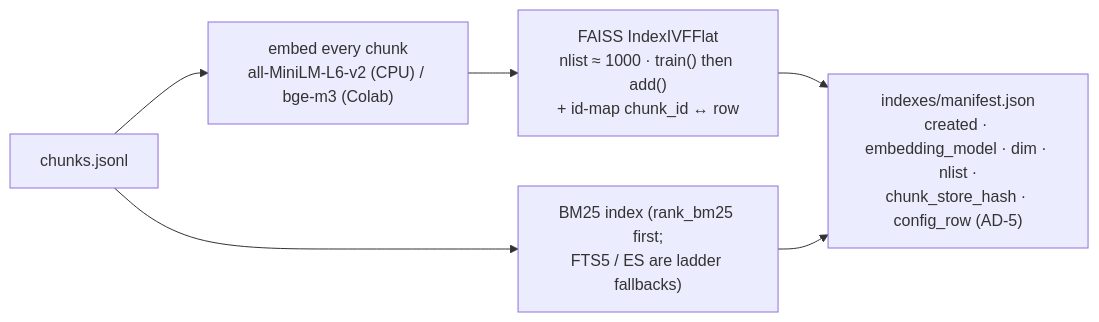
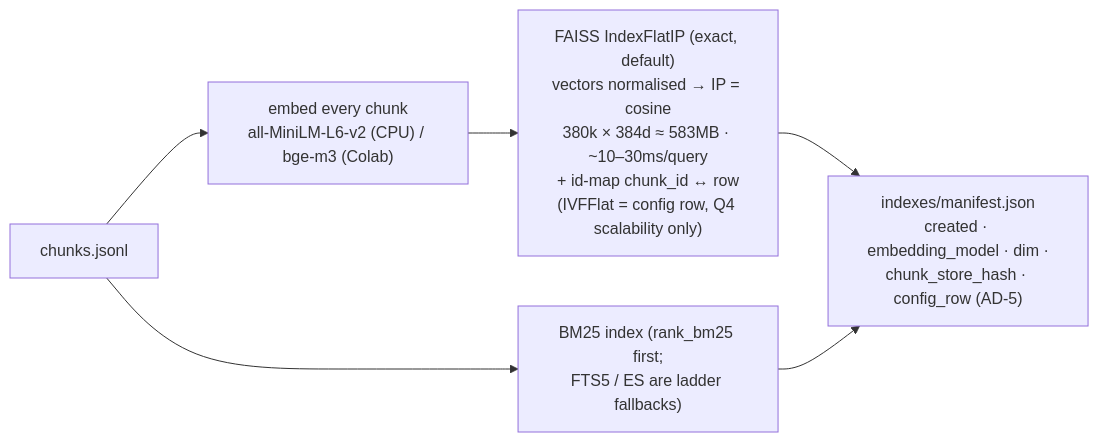
Before and after one commit to kieusontungwork-oss/NLPProject: the fourth of 6 diagrams in docs/architecture/system-architecture.md, drawn with Mermaid. The commit also changed other lines of this file and 11 other files, not shown here.

Commit message:
doc: Adopt PR#1 review — measure KB yield/years (cs.* filter decision), fix eval methodology (pooling, Recall@10, 100q unanswerable split, fixed judge + cache), metadata join, exact FAISS default, two-tier reranker, section-aware depth

````diff
--- a/docs/architecture/system-architecture.md
+++ b/docs/architecture/system-architecture.md
@@ -77,8 +78,8 @@
 ```mermaid
 flowchart LR
     CHUNKS["chunks.jsonl"] --> EMB["embed every chunk<br/>all-MiniLM-L6-v2 (CPU) / bge-m3 (Colab)"]
-    EMB --> FAISS["FAISS IndexIVFFlat<br/>nlist ≈ 1000 · train() then add()<br/>+ id-map chunk_id ↔ row"]
+    EMB --> FAISS["FAISS IndexFlatIP (exact, default)<br/>vectors normalised → IP = cosine<br/>380k × 384d ≈ 583MB · ~10–30ms/query<br/>+ id-map chunk_id ↔ row<br/>(IVFFlat = config row, Q4 scalability only)"]
     CHUNKS --> BM25["BM25 index (rank_bm25 first;<br/>FTS5 / ES are ladder fallbacks)"]
-    FAISS --> MAN["indexes/manifest.json<br/>created · embedding_model · dim · nlist ·<br/>chunk_store_hash · config_row (AD-5)"]
+    FAISS --> MAN["indexes/manifest.json<br/>created · embedding_model · dim ·<br/>chunk_store_hash · config_row (AD-5)"]
     BM25 --> MAN
 ```
````
